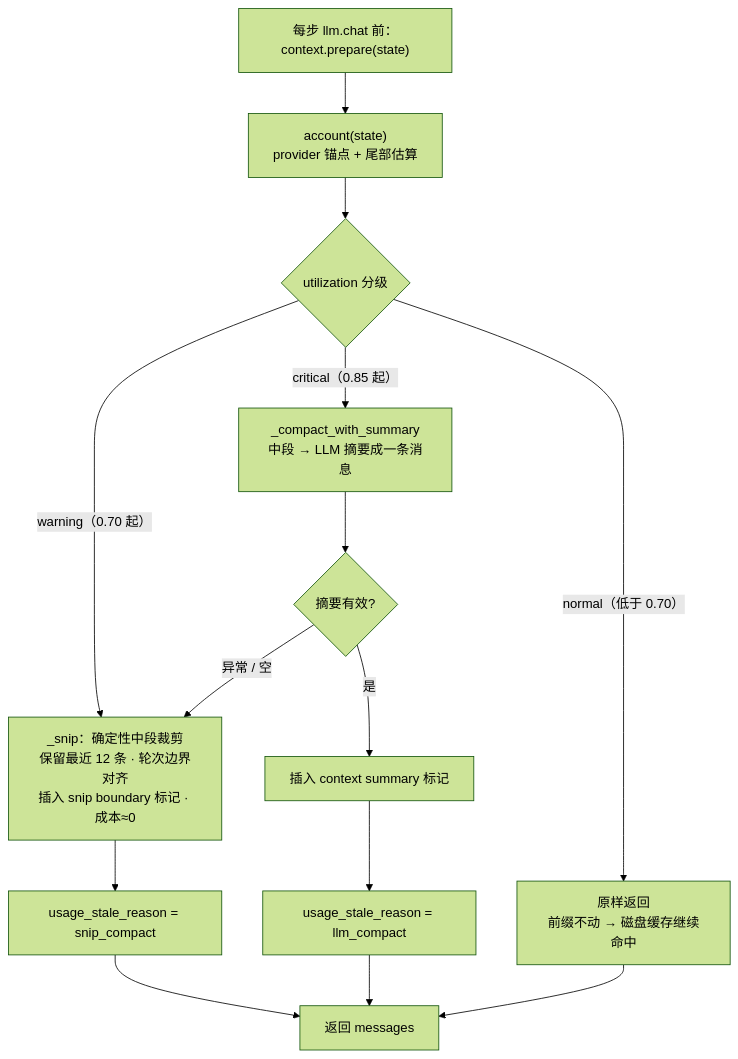
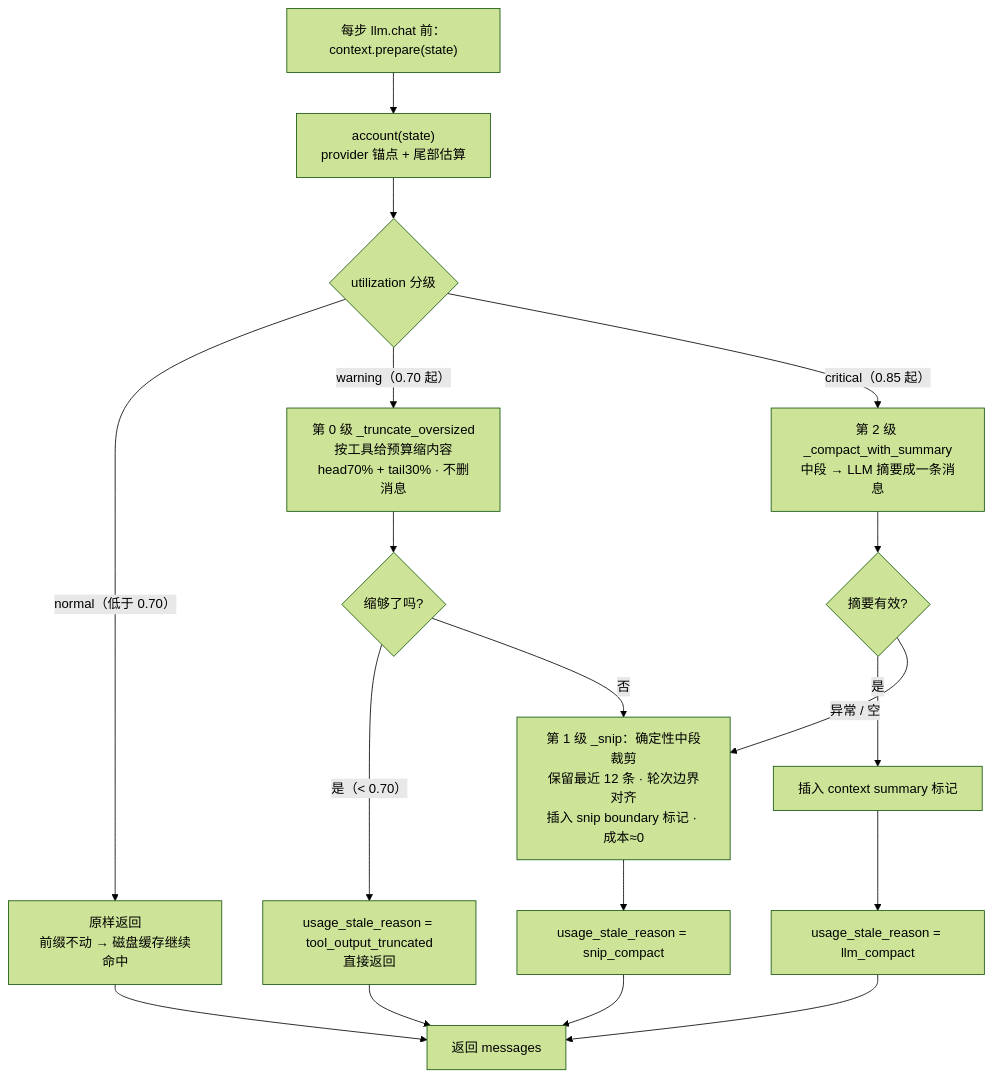
The fourth of 8 diagrams in docs/architecture.md (Goat-Donk/mini-coding), drawn with Mermaid (forest theme) before and after one commit. The commit also changed other lines of this file and 7 other files, not shown here.

````diff
--- a/docs/architecture.md
+++ b/docs/architecture.md
@@ -162,16 +163,20 @@
 ```mermaid
 flowchart TD
     A["每步 llm.chat 前：context.prepare(state)"] --> B["account(state)<br/>provider 锚点 + 尾部估算"]
     B --> C{"utilization 分级"}
     C -->|"normal（低于 0.70）"| D["原样返回<br/>前缀不动 → 磁盘缓存继续命中"]
-    C -->|"warning（0.70 起）"| E["_snip：确定性中段裁剪<br/>保留最近 12 条 · 轮次边界对齐<br/>插入 snip boundary 标记 · 成本≈0"]
-    C -->|"critical（0.85 起）"| F["_compact_with_summary<br/>中段 → LLM 摘要成一条消息"]
+    C -->|"warning（0.70 起）"| T["第 0 级 _truncate_oversized<br/>按工具给预算缩内容<br/>head70% + tail30% · 不删消息"]
+    T --> T2{"缩够了吗?"}
+    T2 -->|"是（< 0.70）"| T3["usage_stale_reason = tool_output_truncated<br/>直接返回"]
+    T2 -->|"否"| E["第 1 级 _snip：确定性中段裁剪<br/>保留最近 12 条 · 轮次边界对齐<br/>插入 snip boundary 标记 · 成本≈0"]
+    C -->|"critical（0.85 起）"| F["第 2 级 _compact_with_summary<br/>中段 → LLM 摘要成一条消息"]
     F --> G{"摘要有效?"}
     G -->|"是"| H["插入 context summary 标记"]
     G -->|"异常 / 空"| E
     E --> I["usage_stale_reason = snip_compact"]
     H --> J["usage_stale_reason = llm_compact"]
     I --> K["返回 messages"]
     J --> K
     D --> K
+    T3 --> K
 ```
````
